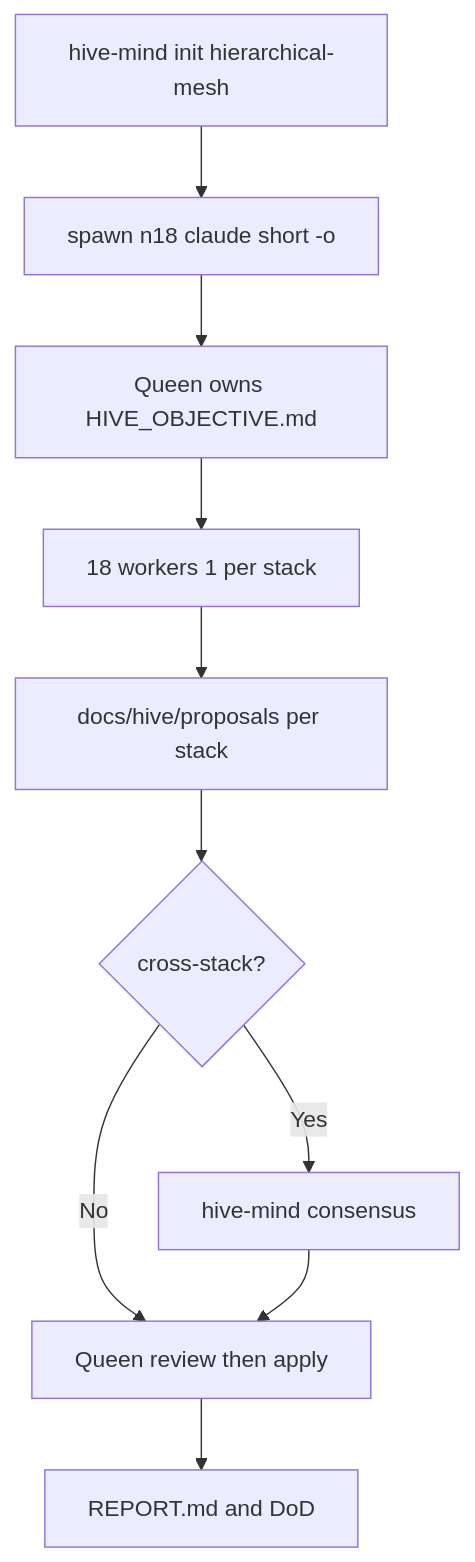
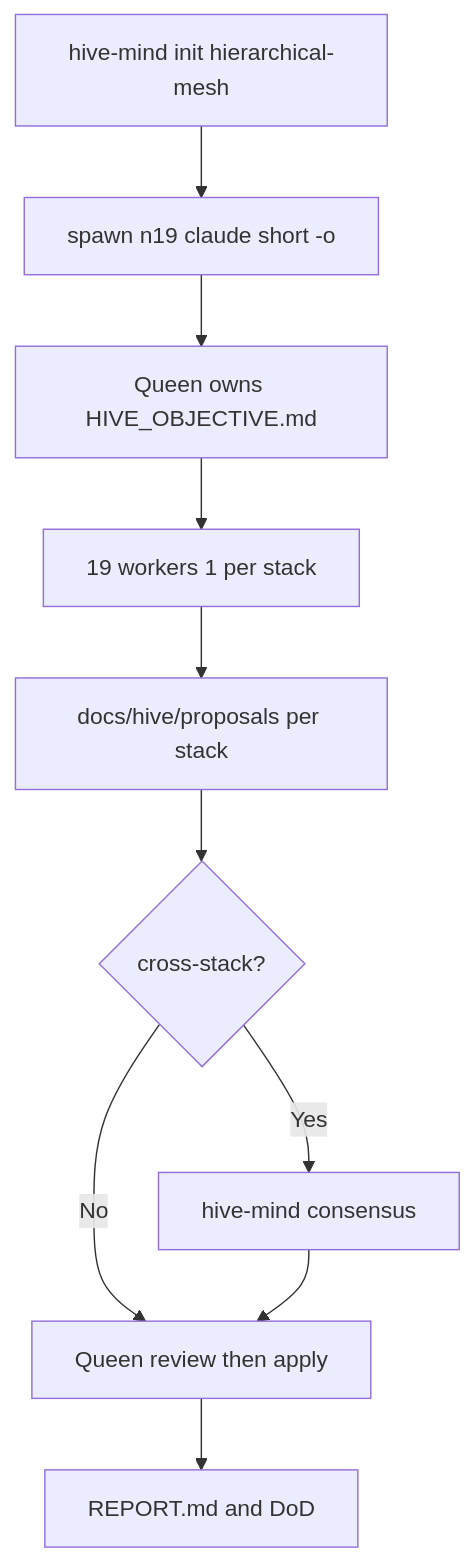
One commit to ofayese/dockge-ots changed the diagram in HIVE_OBJECTIVE.md. Above: the diagram before and after it, drawn with Mermaid. The commit also changed other lines of this file and 8 other files, not shown here.

````diff
--- a/HIVE_OBJECTIVE.md
+++ b/HIVE_OBJECTIVE.md
@@ -128,12 +128,12 @@
 ```mermaid
 flowchart TD
-  Init[hive-mind init hierarchical-mesh] --> Spawn[spawn n18 claude short -o]
+  Init[hive-mind init hierarchical-mesh] --> Spawn[spawn n19 claude short -o]
   Spawn --> Queen[Queen owns HIVE_OBJECTIVE.md]
-  Queen --> Fan[18 workers 1 per stack]
+  Queen --> Fan[19 workers 1 per stack]
   Fan --> P[docs/hive/proposals per stack]
   P --> X{cross-stack?}
   X -->|No| Apply[Queen review then apply]
   X -->|Yes| Cons[hive-mind consensus]
   Cons --> Apply
   Apply --> Close[REPORT.md and DoD]
 ```
````
